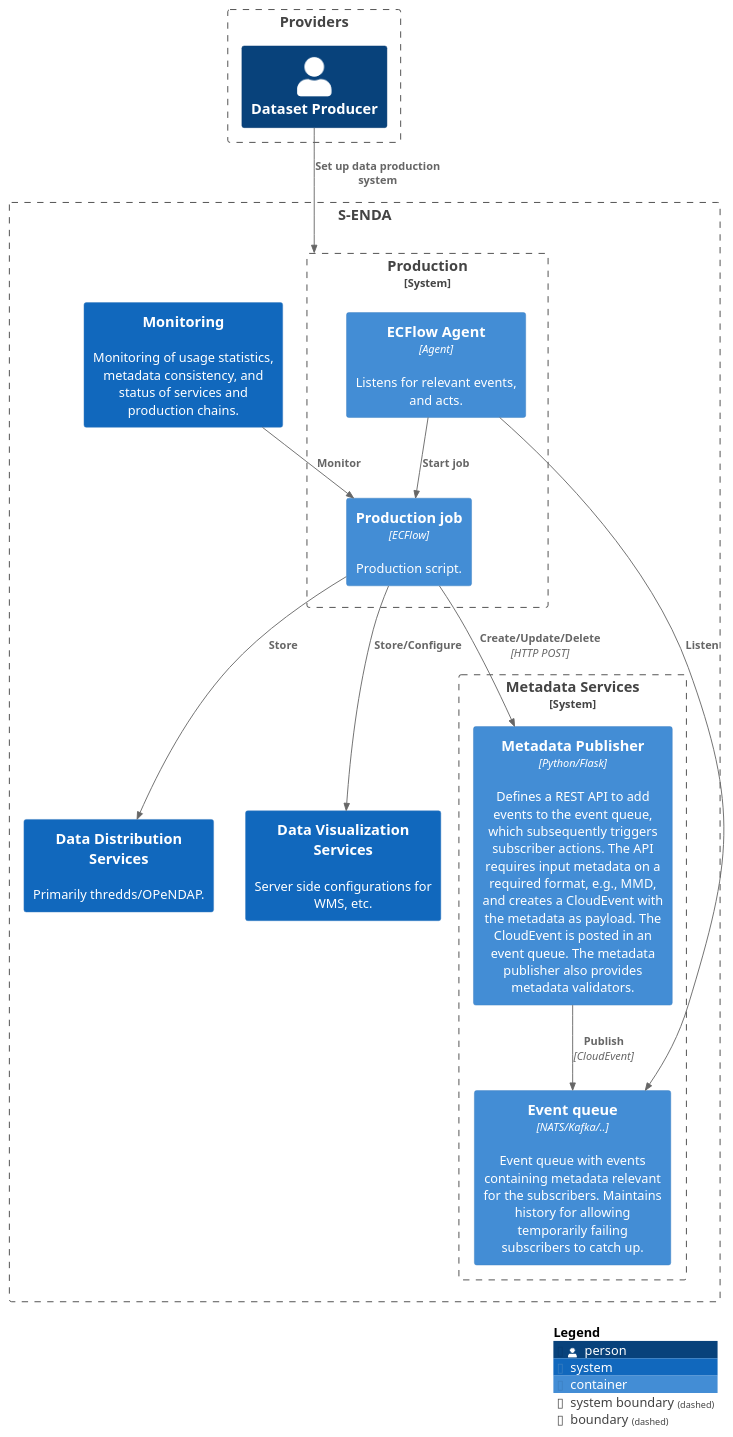
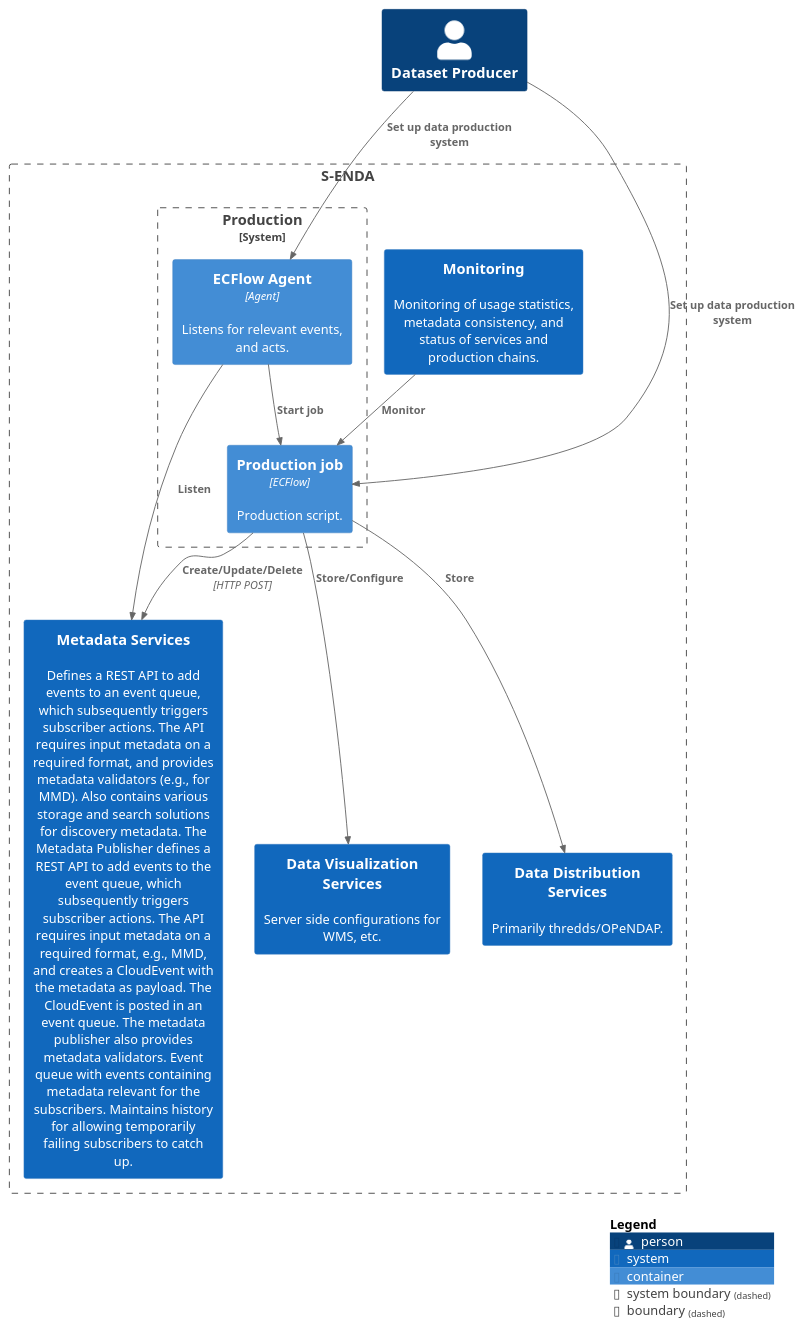
Before and after one commit to metno/S-ENDA-documentation: the diagram in source/puml/architecture/S-ENDA-production-container-diagram.puml, drawn with PlantUML. The commit also changed 3 other files, not shown here.

```diff
--- a/source/puml/architecture/S-ENDA-production-container-diagram.puml
+++ b/source/puml/architecture/S-ENDA-production-container-diagram.puml
@@ -1,61 +1,55 @@
 @startuml S-ENDA-production-container-diagram
 !include https://raw.githubusercontent.com/plantuml-stdlib/C4-PlantUML/master/C4_Container.puml
 
 LAYOUT_TOP_DOWN()
 
-Boundary(providers, "Providers") {
-    Person(dataprovider, "Dataset Producer")
-}
+Person(dataprovider, "Dataset Producer")
 
 Boundary(systems, "S-ENDA") {
-  System_Boundary(dmservice, "Metadata Services", "Defines a REST API to add events to an event queue, which subsequently triggers subscriber actions. The API requires input metadata on a required format, and provides metadata validators (e.g., for MMD). Also contains various storage and search solutions for discovery metadata."){
-    Container(dmci, "Metadata Publisher", "Python/Flask", "Defines a REST API to add events to the event queue, which subsequently triggers subscriber actions. The API requires input metadata on a required format, e.g., MMD, and creates a CloudEvent with the metadata as payload. The CloudEvent is posted in an event queue. The metadata publisher also provides metadata validators.")
+  System(dmservice, "Metadata Services", "Defines a REST API to add events to an event queue, which subsequently triggers subscriber actions. The API requires input metadata on a required format, and provides metadata validators (e.g., for MMD). Also contains various storage and search solutions for discovery metadata. The Metadata Publisher defines a REST API to add events to the event queue, which subsequently triggers subscriber actions. The API requires input metadata on a required format, e.g., MMD, and creates a CloudEvent with the metadata as payload. The CloudEvent is posted in an event queue. The metadata publisher also provides metadata validators. Event queue with events containing metadata relevant for the subscribers. Maintains history for allowing temporarily failing subscribers to catch up.")
 
-    Container(queue, "Event queue", "NATS/Kafka/..", "Event queue with events containing metadata relevant for the subscribers. Maintains history for allowing temporarily failing subscribers to catch up.")
-
-    Rel(dmci, queue, "Publish", "CloudEvent")
-  }
   System(dist_systems, "Data Distribution Services", "Primarily thredds/OPeNDAP.")
   System(vis_systems, "Data Visualization Services", "Server side configurations for WMS, etc.")
   System(monitoring, "Monitoring", "Monitoring of usage statistics, metadata consistency, and status of services and production chains.")
 
   System_Boundary(productionhub, "Production", "Automated system for data production. ECFlow, PPI, SMS, etc."){
     'Container(listen_update, "Update listener", "", "Listens for metadata updates, updates metadata in datafiles on behalf of authenticated user.")
     'Container(listen_delete, "Deletion listener", "", "Listens for metadata, and deletes files on behalf of authenticated user.")
     Container(listen_start, "ECFlow Agent", "Agent", "Listens for relevant events, and acts.")
     Container(job, "Production job", "ECFlow", "Production script.")
     Rel(listen_start, job, "Start job")
   }
 }
 
 'Boundary(consumers, "Data Consumers"){
 '  Person(advanced, "Advanced")
 '  Person(intermediate, "Intermediate")
 '  Person(simple, "Simple")
 '  System_Ext(portals, "Portals", "External portals harvest metadata on various standards")
 '  System_Ext(apps, "Web/mobile apps", "External apps present data in customized ways.")
 '}
 '
 'Rel(consumers, systems, "Search/Harvest", "CSW/OpenSearch/OAI-PMH")
 'Rel(consumers, systems, "Visualize", "e.g., WMS")
 'Rel(consumers, systems, "Stream", "OPeNDAP")
 '
 'Rel(simple, portals, "Search portals", "Web-UI/API")
 'Rel(simple, apps, "Navigates to app", "Web/mobile UI")
 'Rel(intermediate, portals, "Search portals", "Web-UI/API")
 'Rel(advanced, portals, "Search portals", "Web-UI/API")
 
 'Rel(listen_update, dmservice, "Listen update")
 'Rel(listen_delete, dmservice, "Listen delete")
-Rel(listen_start, queue, "Listen")
+Rel(listen_start, dmservice, "Listen")
 
-Rel(dataprovider, productionhub, "Set up data production system")
+Rel(dataprovider, job, "Set up data production system")
+Rel(dataprovider, listen_start, "Set up data production system")
 Rel(job, vis_systems, "Store/Configure")
 Rel(job, dist_systems, "Store")
-Rel(job, dmci, "Create/Update/Delete", "HTTP POST")
+Rel(job, dmservice, "Create/Update/Delete", "HTTP POST")
 
 Rel(monitoring, job, "Monitor")
 
 SHOW_LEGEND()
 
 @enduml
```
